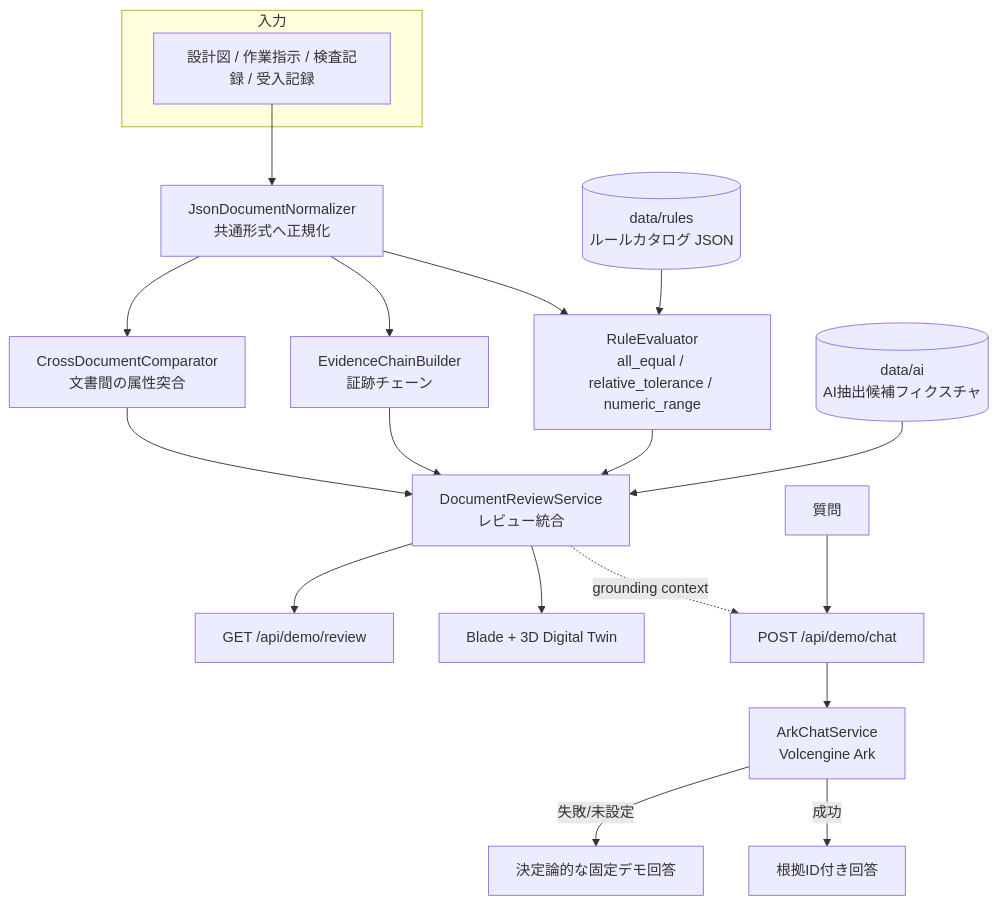
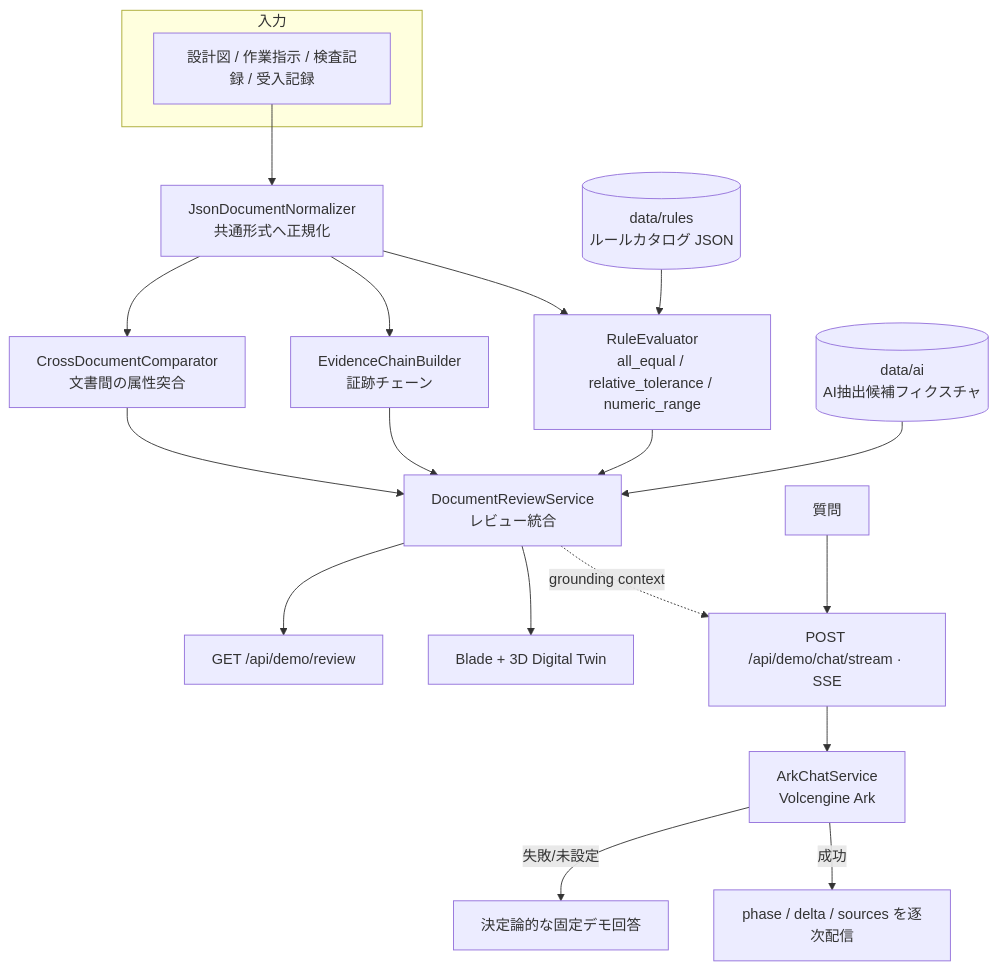
Before and after one commit to moseszhu999/technical-document-review-demo: the diagram in README.md, drawn with Mermaid. The commit also changed other lines of this file and 17 other files, not shown here.

First line of the commit message:
feat: stream grounded AI answers via SSE, add Render blueprint, embed demo GIF

````diff
--- a/README.md
+++ b/README.md
@@ -43,27 +43,27 @@
 ```mermaid
 flowchart TD
     subgraph 入力
         D[設計図 / 作業指示 / 検査記録 / 受入記録]
     end
 
     D --> N[JsonDocumentNormalizer<br/>共通形式へ正規化]
     N --> C[CrossDocumentComparator<br/>文書間の属性突合]
     N --> E[EvidenceChainBuilder<br/>証跡チェーン]
 
     RC[(data/rules<br/>ルールカタログ JSON)] --> R[RuleEvaluator<br/>all_equal / relative_tolerance / numeric_range]
     N --> R
 
     AC[(data/ai<br/>AI抽出候補フィクスチャ)] --> S[DocumentReviewService<br/>レビュー統合]
     C --> S
     R --> S
     E --> S
 
     S --> API[GET /api/demo/review]
     S --> UI[Blade + 3D Digital Twin]
 
-    Q[質問] --> CHAT[POST /api/demo/chat]
+    Q[質問] --> CHAT[POST /api/demo/chat/stream · SSE]
     S -. grounding context .-> CHAT
     CHAT --> ARK[ArkChatService<br/>Volcengine Ark]
     ARK -- 失敗/未設定 --> FB[決定論的な固定デモ回答]
-    ARK -- 成功 --> ANS[根拠ID付き回答]
+    ARK -- 成功 --> ANS[phase / delta / sources を逐次配信]
 ```
````
